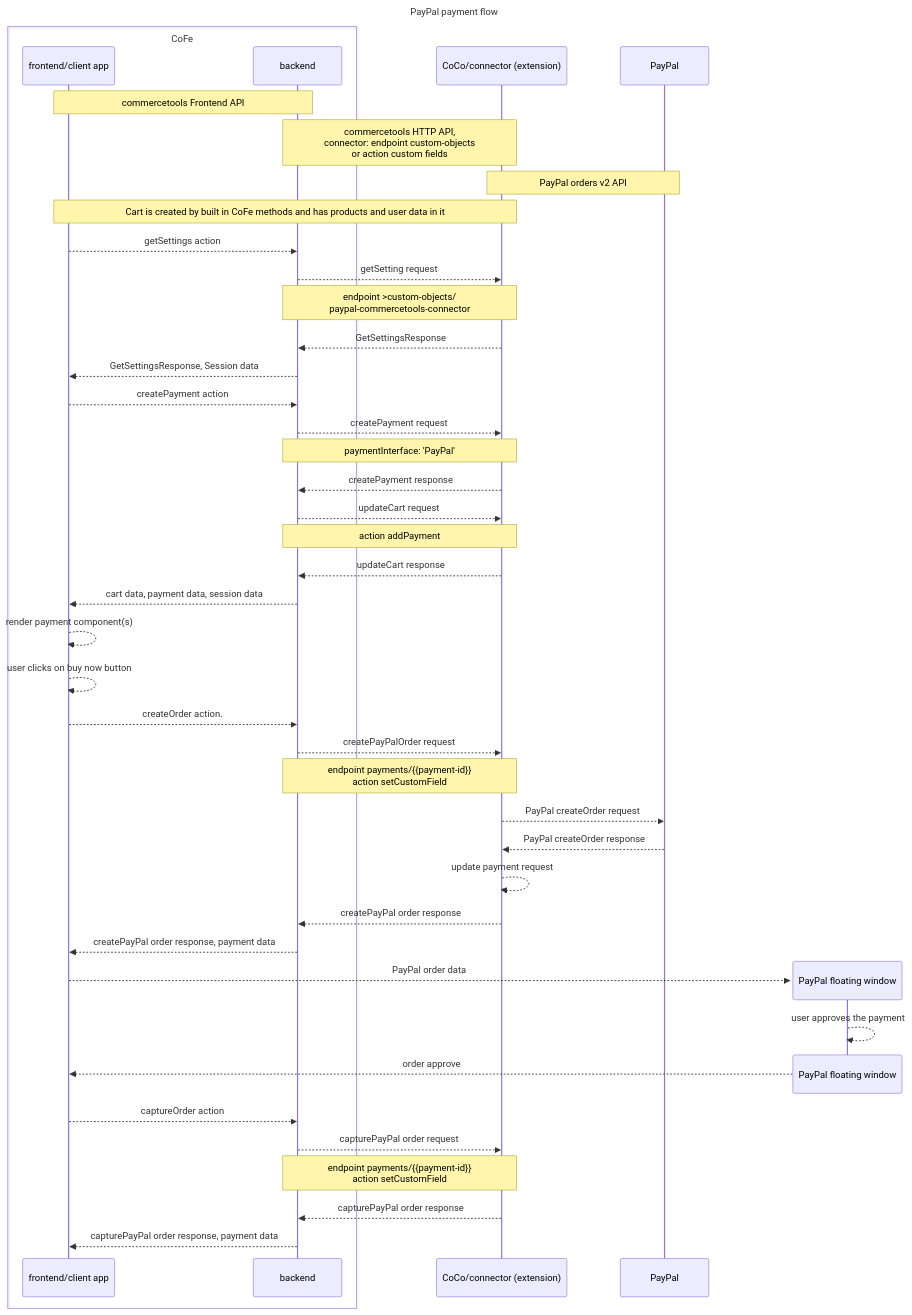
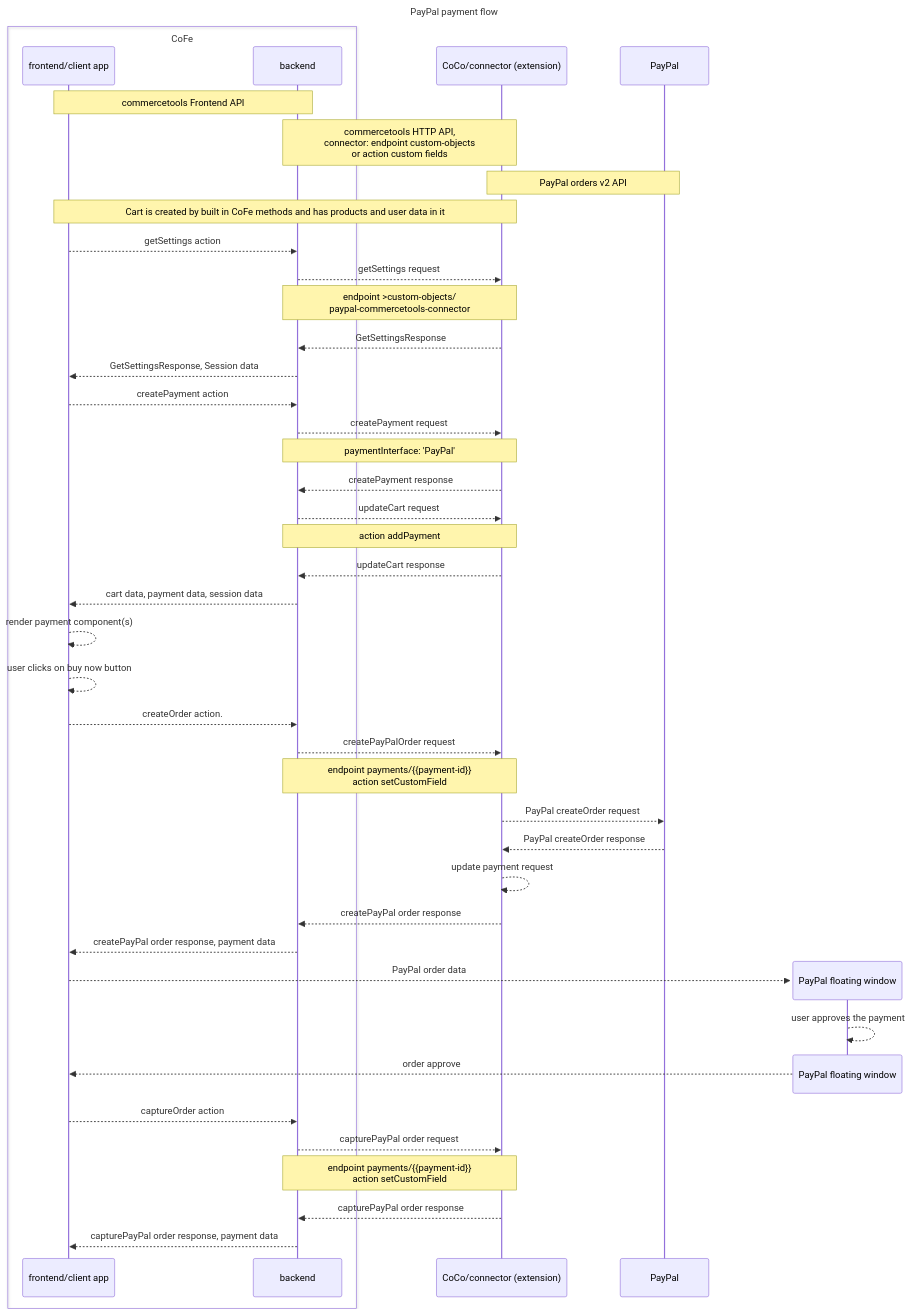
Before and after one commit to mediaopt/paypal-commercetools-connector: the diagram in docs/workflows/sequence_diagram_paypal_payment.md, drawn with Mermaid.

Commit message:
37723 - fixed typo

````diff
--- a/docs/workflows/sequence_diagram_paypal_payment.md
+++ b/docs/workflows/sequence_diagram_paypal_payment.md
@@ -9,46 +9,46 @@
 ```mermaid
 sequenceDiagram
     title PayPal payment flow
     box CoFe 
     participant frontend as frontend/client app
     participant backend 
     end
     participant CoCo as CoCo/connector (extension)
     Note over frontend,backend: commercetools Frontend API
     Note over backend, CoCo: commercetools HTTP API,<br/> connector: endpoint custom-objects <br/>or action custom fields
     Note over CoCo, PayPal: PayPal orders v2 API
     Note over frontend, CoCo: Cart is created by built in CoFe methods and has products and user data in it
     frontend-->>backend: getSettings action
-    backend-->>CoCo: getSetting request
+    backend-->>CoCo: getSettings request
     Note over backend, CoCo: endpoint >custom-objects/<br/>paypal-commercetools-connector
     CoCo-->>backend: GetSettingsResponse
     backend-->>frontend: GetSettingsResponse, Session data
     frontend-->>backend: createPayment action
     backend-->>CoCo: createPayment request
     note over backend, CoCo: paymentInterface: 'PayPal'
     CoCo-->>backend: createPayment response
     backend-->>CoCo: updateCart request
     note over backend, CoCo: action addPayment
     CoCo-->>backend: updateCart response
     backend-->>frontend: cart data, payment data, session data
     frontend-->>frontend: render payment component(s)
     frontend-->>frontend: user clicks on buy now button
     frontend-->>backend: createOrder action.
     backend-->>CoCo: createPayPalOrder request
     Note over backend, CoCo: endpoint payments/{{payment-id}}<br/>action setCustomField
     CoCo-->>PayPal: PayPal createOrder request
     PayPal-->>CoCo: PayPal createOrder response
     CoCo-->>CoCo: update payment request
     CoCo-->>backend: createPayPal order response
     backend-->>frontend: createPayPal order response, payment data
     create participant window as PayPal floating window
     frontend-->>window: PayPal order data
     window-->>window: user approves the payment
     destroy window
     window-->>frontend: order approve
     frontend-->>backend: captureOrder action
     backend-->>CoCo: capturePayPal order request
     Note over backend, CoCo: endpoint payments/{{payment-id}}<br/>action setCustomField
     CoCo-->>backend: capturePayPal order response
     backend-->>frontend: capturePayPal order response, payment data
 ```
````
